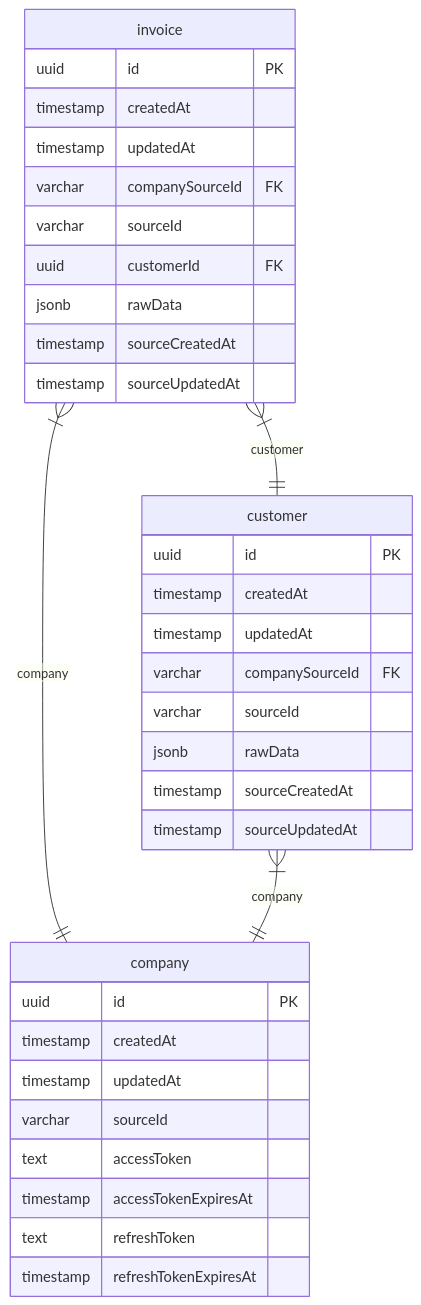
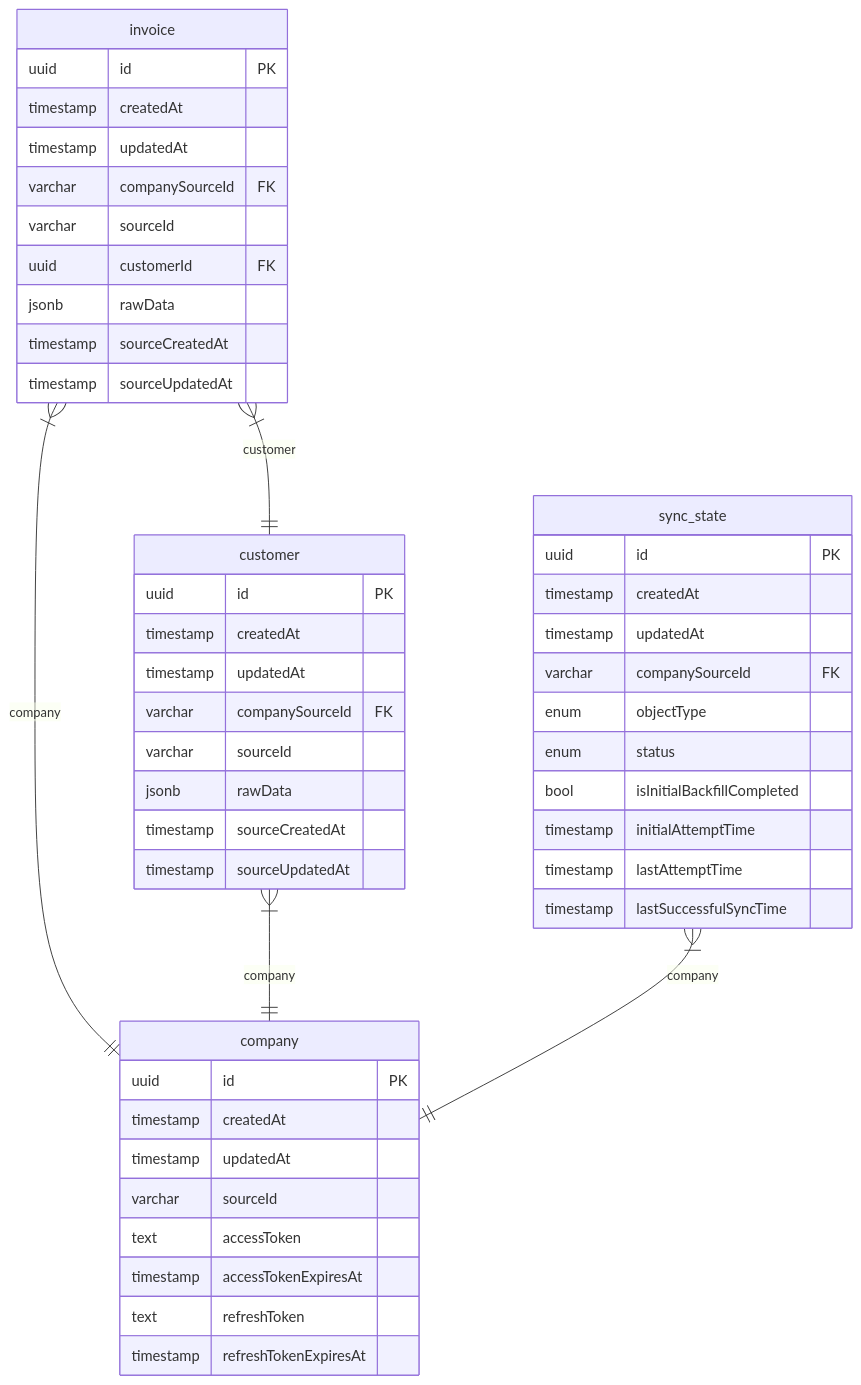
One commit to Nabhag8848/quickbooks-integration changed the diagram in apps/server/DB_ERD.md. Above: the diagram before and after it, drawn with Mermaid. The commit also changed 4 other files, not shown here.

Commit message:
sync state schema

````diff
--- a/apps/server/DB_ERD.md
+++ b/apps/server/DB_ERD.md
@@ -5,37 +5,50 @@
 ```mermaid
 erDiagram
   invoice {
     uuid id PK
     timestamp createdAt
     timestamp updatedAt
     varchar companySourceId FK
     varchar sourceId
     uuid customerId FK
     jsonb rawData
     timestamp sourceCreatedAt
     timestamp sourceUpdatedAt
   }
   customer {
     uuid id PK
     timestamp createdAt
     timestamp updatedAt
     varchar companySourceId FK
     varchar sourceId
     jsonb rawData
     timestamp sourceCreatedAt
     timestamp sourceUpdatedAt
   }
   company {
     uuid id PK
     timestamp createdAt
     timestamp updatedAt
     varchar sourceId
     text accessToken
     timestamp accessTokenExpiresAt
     text refreshToken
     timestamp refreshTokenExpiresAt
   }
+  sync_state {
+    uuid id PK
+    timestamp createdAt
+    timestamp updatedAt
+    varchar companySourceId FK
+    enum objectType
+    enum status
+    bool isInitialBackfillCompleted
+    timestamp initialAttemptTime
+    timestamp lastAttemptTime
+    timestamp lastSuccessfulSyncTime
+  }
   invoice }|--|| company: company
   invoice }|--|| customer: customer
   customer }|--|| company: company
+  sync_state }|--|| company: company
 ```
````
